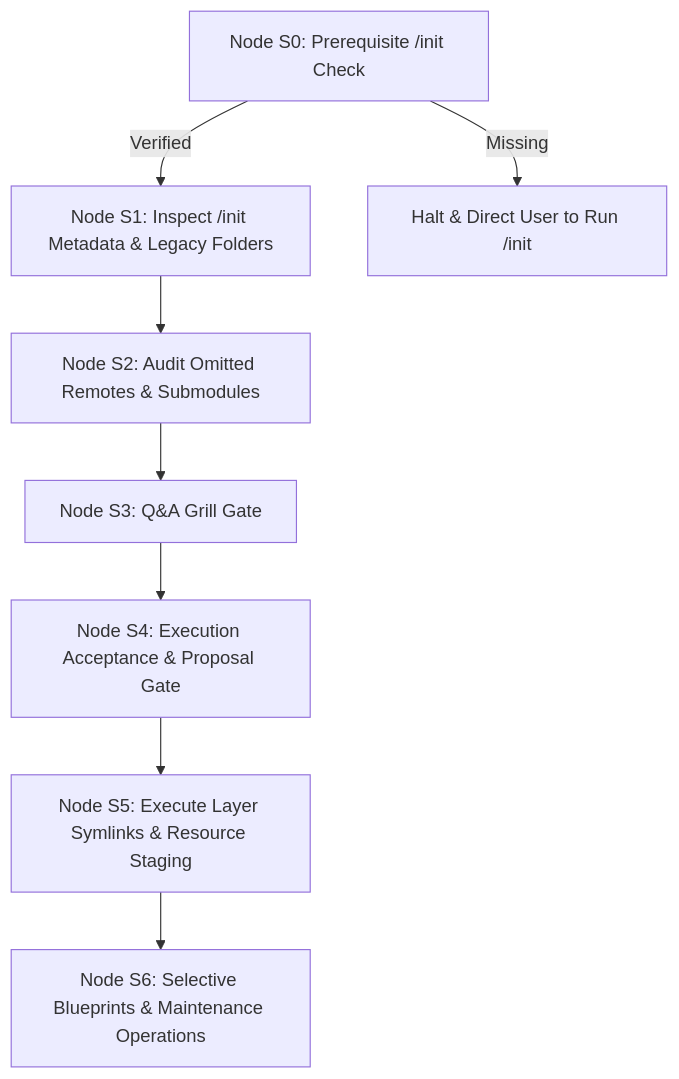
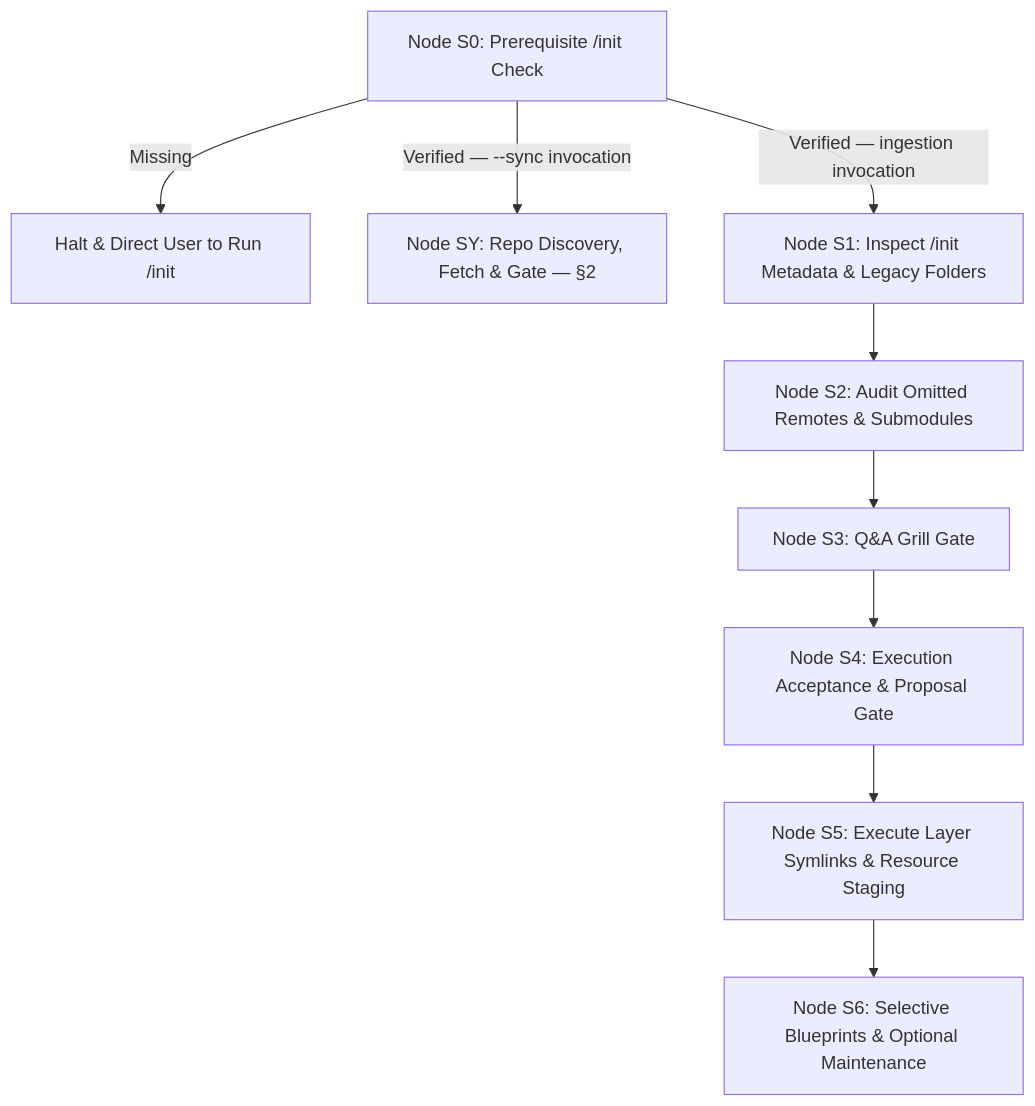
Before and after one commit to hrvthgergo/agent-driven-templates: the second of 2 diagrams in actions/process/process_action.md, drawn with Mermaid. The commit also changed other lines of this file and 3 other files, not shown here.

First line of the commit message:
feat(process): ownership-classed --sync with per-repo addressing

````diff
--- a/actions/process/process_action.md
+++ b/actions/process/process_action.md
@@ -81,10 +126,11 @@
 ```mermaid
 graph TD
-    S0[Node S0: Prerequisite /init Check] -->|Verified| S1[Node S1: Inspect /init Metadata & Legacy Folders]
-    S0 -->|Missing| Err[Halt & Direct User to Run /init]
+    S0[Node S0: Prerequisite /init Check] -->|Missing| Err[Halt & Direct User to Run /init]
+    S0 -->|"Verified — --sync invocation"| SY[Node SY: Repo Discovery, Fetch & Gate — §2]
+    S0 -->|"Verified — ingestion invocation"| S1[Node S1: Inspect /init Metadata & Legacy Folders]
     S1 --> S2[Node S2: Audit Omitted Remotes & Submodules]
     S2 --> S3[Node S3: Q&A Grill Gate]
     S3 --> S4[Node S4: Execution Acceptance & Proposal Gate]
     S4 --> S5[Node S5: Execute Layer Symlinks & Resource Staging]
-    S5 --> S6[Node S6: Selective Blueprints & Maintenance Operations]
+    S5 --> S6[Node S6: Selective Blueprints & Optional Maintenance]
 ```
````
